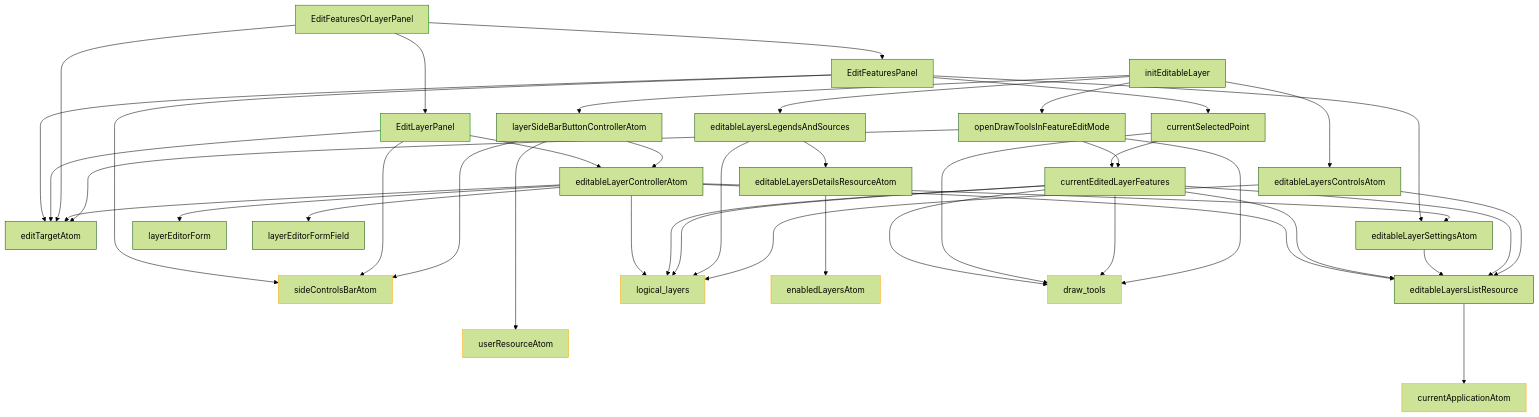
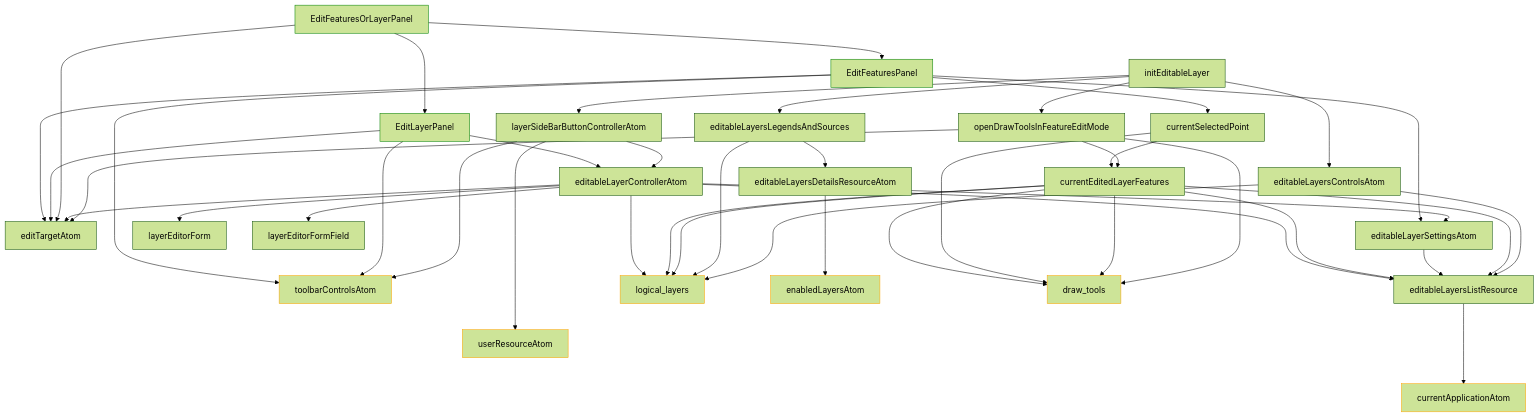
The diagram in src/features/create_layer/readme.md (konturio/disaster-ninja-fe), drawn with Mermaid (forest theme) before and after one commit. The commit also changed 17 other files, not shown here.

Commit message:
rename sidebarControls to toolbarControls

````diff
--- a/src/features/create_layer/readme.md
+++ b/src/features/create_layer/readme.md
@@ -69,54 +69,54 @@
 ```mermaid
 flowchart TD
   classDef coreAtom stroke:orange;
   classDef View stroke:green;
 
   initEditableLayer --> layerSideBarButtonControllerAtom
   initEditableLayer --> editableLayersControlsAtom
   initEditableLayer --> editableLayersLegendsAndSources
   initEditableLayer --> openDrawToolsInFeatureEditMode
 
   layerSideBarButtonControllerAtom -----> userResourceAtom:::coreAtom
-  layerSideBarButtonControllerAtom ----> sideControlsBarAtom:::coreAtom
+  layerSideBarButtonControllerAtom ----> toolbarControlsAtom:::coreAtom
   layerSideBarButtonControllerAtom --> editableLayerControllerAtom
 
   editableLayersControlsAtom --> editableLayersListResource
   editableLayersControlsAtom ---> logical_layers:::coreAtom
   editableLayersLegendsAndSources ---> logical_layers:::coreAtom
   editableLayersLegendsAndSources --> editableLayersDetailsResourceAtom
   editableLayersListResource ---> currentApplicationAtom:::coreAtom
   editableLayersDetailsResourceAtom ---> enabledLayersAtom:::coreAtom
   openDrawToolsInFeatureEditMode ---> editTargetAtom
   openDrawToolsInFeatureEditMode ---> draw_tools:::coreAtom
   openDrawToolsInFeatureEditMode --> currentEditedLayerFeatures
   currentEditedLayerFeatures --> editableLayersListResource
   currentEditedLayerFeatures ---> logical_layers:::coreAtom
   currentEditedLayerFeatures ---> draw_tools:::coreAtom
   editableLayerSettingsAtom --> editableLayersListResource
   currentSelectedPoint ---> draw_tools:::coreAtom
   currentSelectedPoint --> currentEditedLayerFeatures
   currentEditedLayerFeatures ---> draw_tools:::coreAtom
   currentEditedLayerFeatures ---> logical_layers:::coreAtom
   currentEditedLayerFeatures ---> editableLayersListResource
   editableLayerControllerAtom ---> logical_layers:::coreAtom
   editableLayerControllerAtom --> layerEditorForm
   editableLayerControllerAtom --> layerEditorFormField
   editableLayerControllerAtom --> editableLayerSettingsAtom
   editableLayerControllerAtom --> editTargetAtom
   editableLayerControllerAtom --> editableLayersListResource
 
   EditFeaturesOrLayerPanel:::View ---> editTargetAtom
   EditFeaturesOrLayerPanel:::View --> EditLayerPanel:::View
   EditFeaturesOrLayerPanel:::View --> EditFeaturesPanel:::View
 
   %% Edit layer View
   EditLayerPanel:::View --> editableLayerControllerAtom
-  EditLayerPanel:::View ---> sideControlsBarAtom:::coreAtom
+  EditLayerPanel:::View ---> toolbarControlsAtom:::coreAtom
   EditLayerPanel:::View ---> editTargetAtom
 
   %% Edit feature View
   EditFeaturesPanel:::View --> currentSelectedPoint
   EditFeaturesPanel:::View ---> editTargetAtom
   EditFeaturesPanel:::View --> editableLayerSettingsAtom
-  EditFeaturesPanel:::View ---> sideControlsBarAtom:::coreAtom
+  EditFeaturesPanel:::View ---> toolbarControlsAtom:::coreAtom
 ```
````
